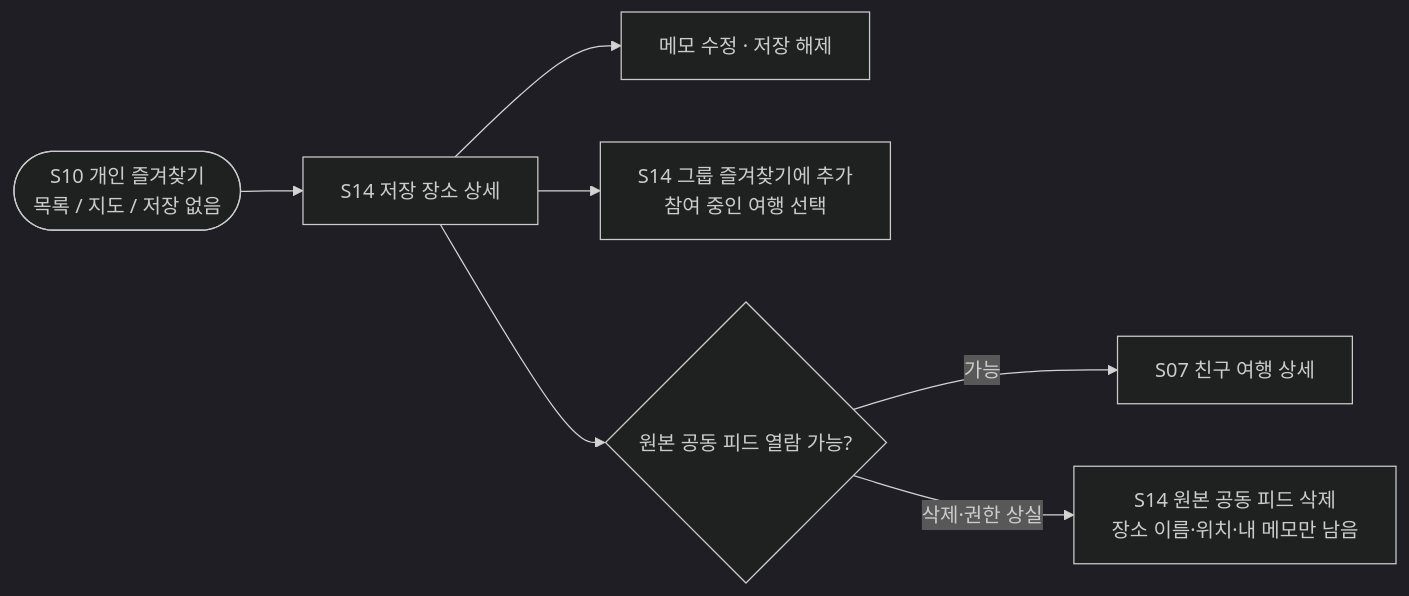
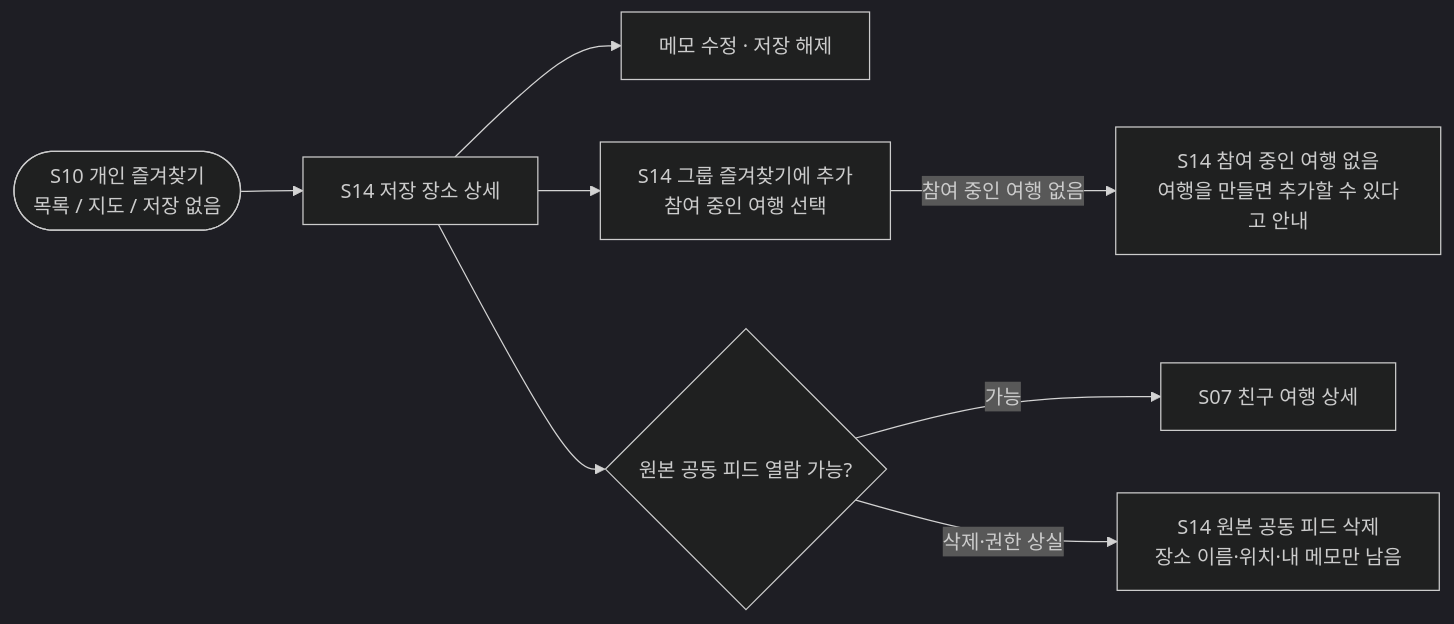
One commit to a204-eodilog/eodilog changed the eighth of 24 diagrams in docs/flow/user-flow.md. Above: the diagram before and after it, drawn with Mermaid (dark theme). The commit also changed other lines of this file and 1 other file, not shown here.

````diff
--- a/docs/flow/user-flow.md
+++ b/docs/flow/user-flow.md
@@ -212,9 +219,10 @@
 ```mermaid
 flowchart LR
     S10(["S10 개인 즐겨찾기<br/>목록 / 지도 / 저장 없음"]) --> S14["S14 저장 장소 상세"]
     S14 --> MEMO["메모 수정 · 저장 해제"]
     S14 --> ADD["S14 그룹 즐겨찾기에 추가<br/>참여 중인 여행 선택"]
+    ADD -- "참여 중인 여행 없음" --> NOT["S14 참여 중인 여행 없음<br/>여행을 만들면 추가할 수 있다고 안내"]
     S14 --> SRC{"원본 공동 피드 열람 가능?"}
     SRC -- "가능" --> S07["S07 친구 여행 상세"]
     SRC -- "삭제·권한 상실" --> LIM["S14 원본 공동 피드 삭제<br/>장소 이름·위치·내 메모만 남음"]
 ```
````
